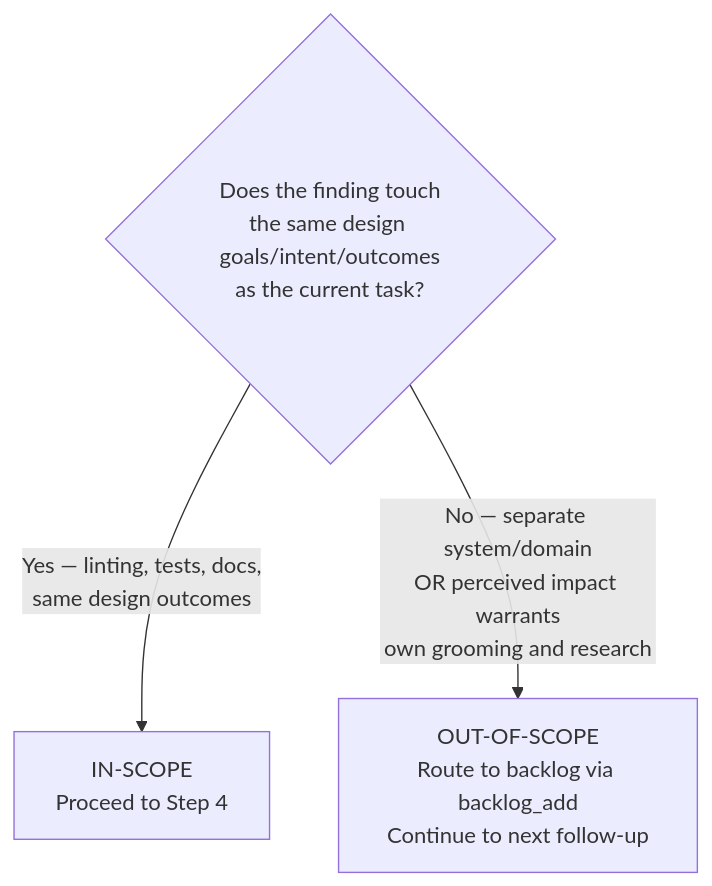
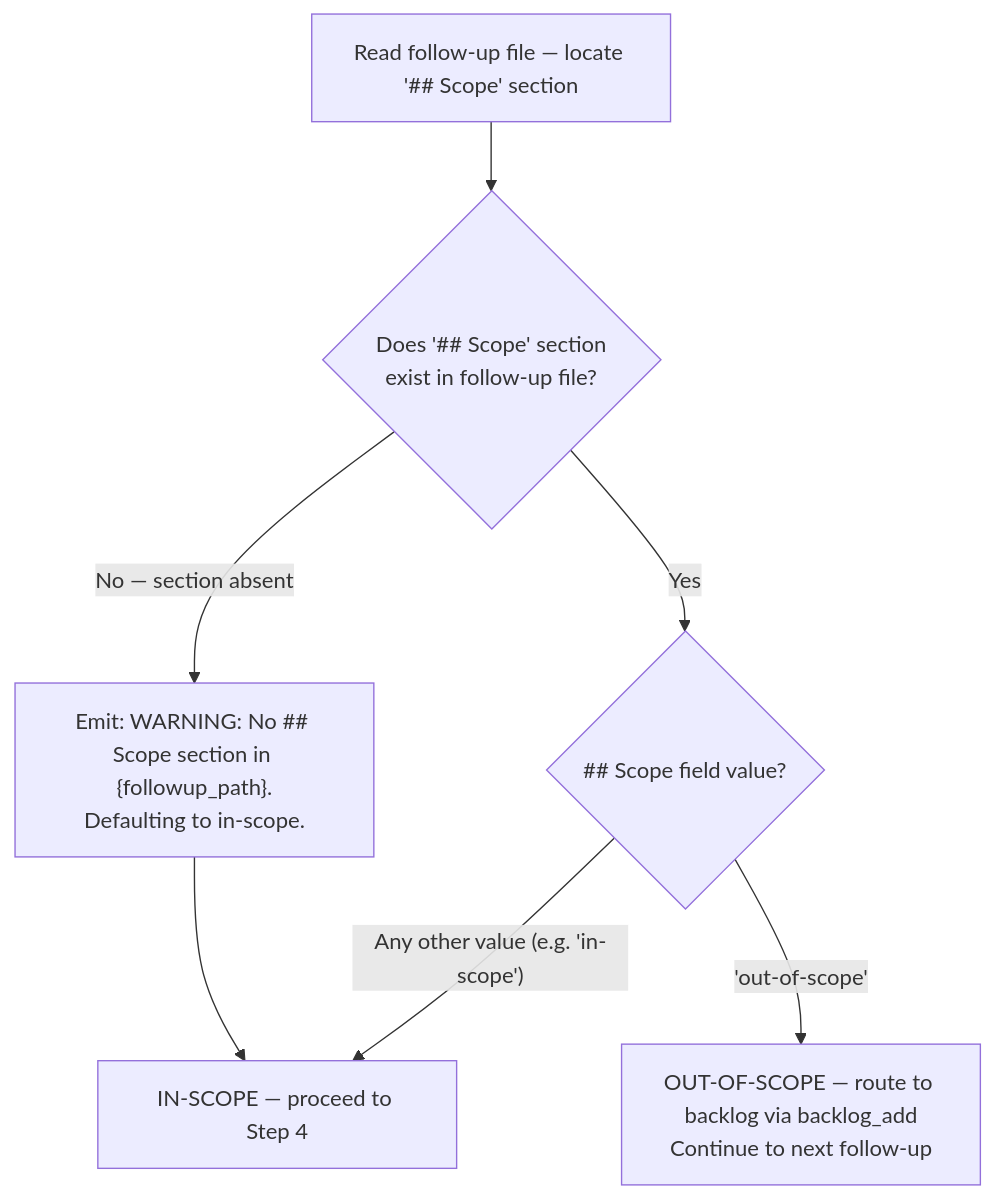
Before and after one commit to chgreer1070/claude_skills: the tenth of 10 diagrams in plugins/development-harness/skills/complete-implementation/SKILL.md, drawn with Mermaid. The commit also changed other lines of this file and 15 other files, not shown here.

````diff
--- a/plugins/development-harness/skills/complete-implementation/SKILL.md
+++ b/plugins/development-harness/skills/complete-implementation/SKILL.md
@@ -704,6 +689,9 @@
 ```mermaid
 flowchart TD
-    Q{"Does the finding touch<br>the same design goals/intent/outcomes<br>as the current task?"}
-    Q -->|"Yes — linting, tests, docs,<br>same design outcomes"| InScope["IN-SCOPE<br>Proceed to Step 4"]
-    Q -->|"No — separate system/domain<br>OR perceived impact warrants<br>own grooming and research"| OutScope["OUT-OF-SCOPE<br>Route to backlog via backlog_add<br>Continue to next follow-up"]
+    ReadScope["Read follow-up file — locate '## Scope' section"] --> ScopeExists{"Does '## Scope' section<br>exist in follow-up file?"}
+    ScopeExists -->|"No — section absent"| WarnDefault["Emit: WARNING: No ## Scope section in {followup_path}.<br>Defaulting to in-scope."]
+    WarnDefault --> InScope["IN-SCOPE — proceed to Step 4"]
+    ScopeExists -->|"Yes"| ScopeValue{"## Scope field value?"}
+    ScopeValue -->|"'out-of-scope'"| OutScope["OUT-OF-SCOPE — route to backlog via backlog_add<br>Continue to next follow-up"]
+    ScopeValue -->|"Any other value (e.g. 'in-scope')"| InScope
 ```
````
